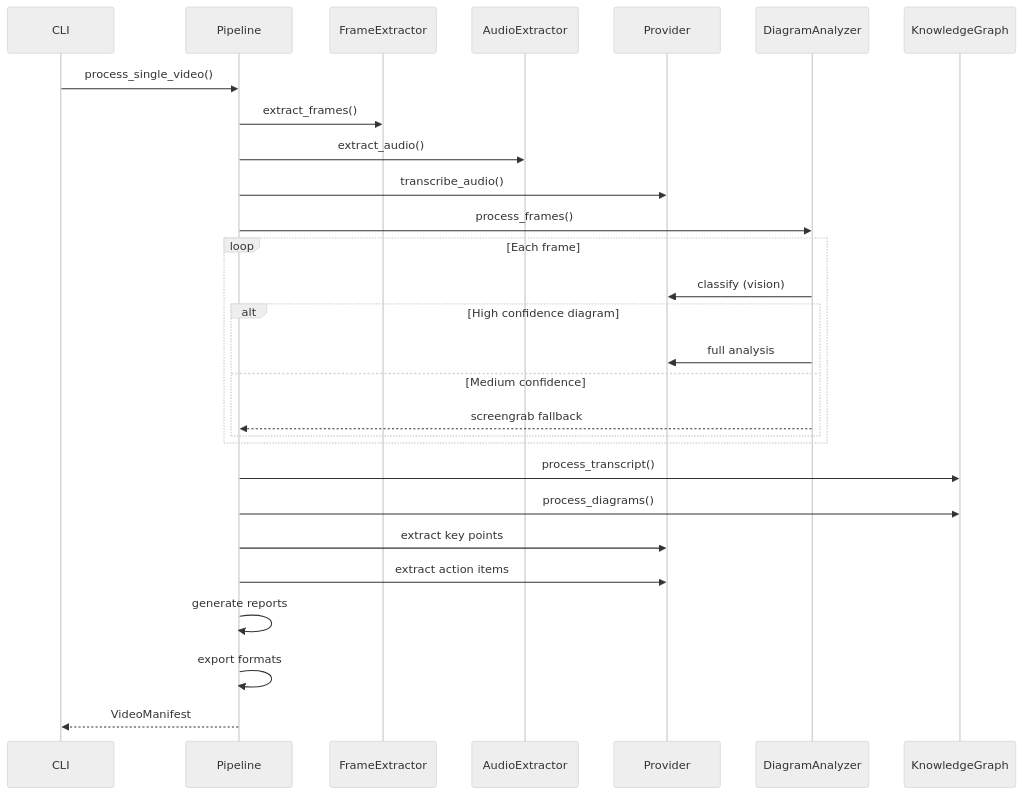
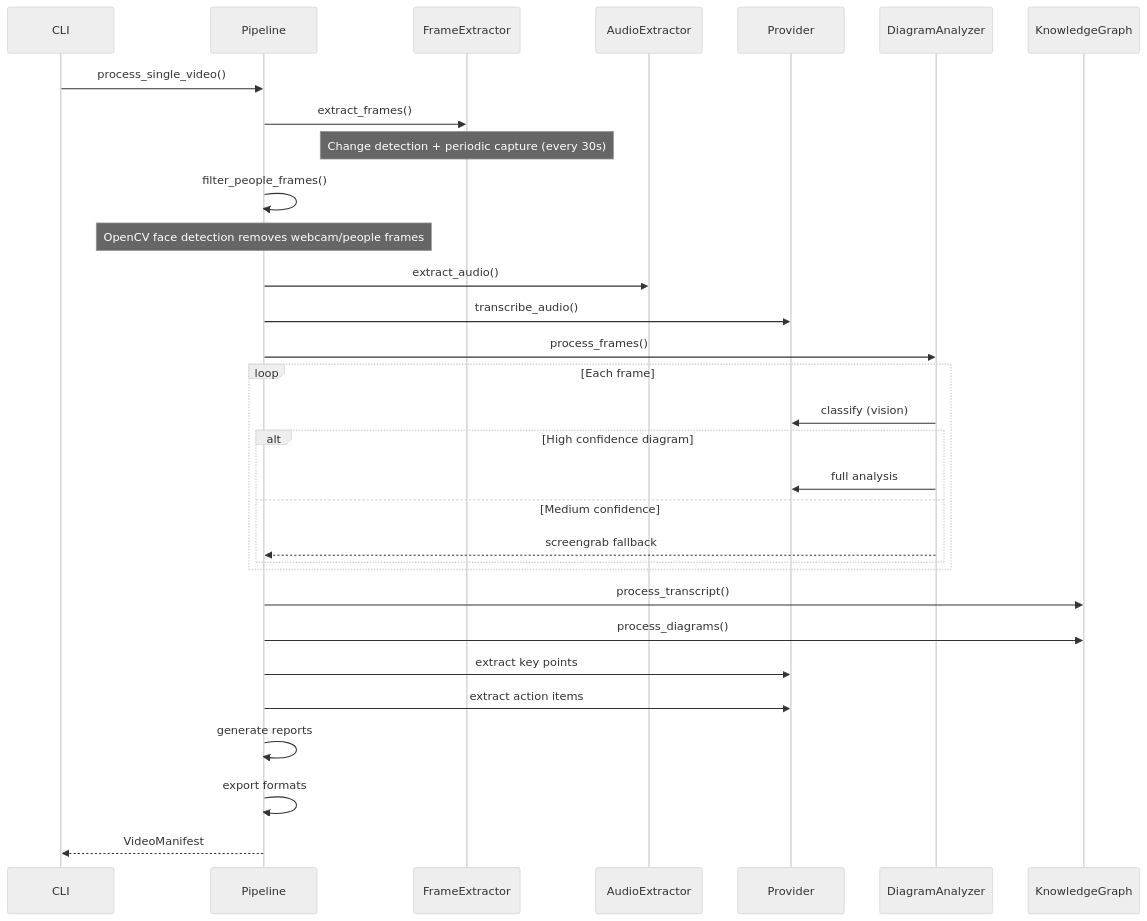
Before and after one commit to ConflictHQ/PlanOpticon: the diagram in docs/architecture/pipeline.md, drawn with Mermaid (neutral theme). The commit also changed 40 other files, not shown here.

First line of the commit message:
Add face detection, periodic capture, KG batching, checkpoint/resume, and production hardening

````diff
--- a/docs/architecture/pipeline.md
+++ b/docs/architecture/pipeline.md
@@ -5,33 +5,36 @@
 ```mermaid
 sequenceDiagram
     participant CLI
     participant Pipeline
     participant FrameExtractor
     participant AudioExtractor
     participant Provider
     participant DiagramAnalyzer
     participant KnowledgeGraph
 
     CLI->>Pipeline: process_single_video()
     Pipeline->>FrameExtractor: extract_frames()
+    Note over FrameExtractor: Change detection + periodic capture (every 30s)
+    Pipeline->>Pipeline: filter_people_frames()
+    Note over Pipeline: OpenCV face detection removes webcam/people frames
     Pipeline->>AudioExtractor: extract_audio()
     Pipeline->>Provider: transcribe_audio()
     Pipeline->>DiagramAnalyzer: process_frames()
 
     loop Each frame
         DiagramAnalyzer->>Provider: classify (vision)
         alt High confidence diagram
             DiagramAnalyzer->>Provider: full analysis
         else Medium confidence
             DiagramAnalyzer-->>Pipeline: screengrab fallback
         end
     end
 
     Pipeline->>KnowledgeGraph: process_transcript()
     Pipeline->>KnowledgeGraph: process_diagrams()
     Pipeline->>Provider: extract key points
     Pipeline->>Provider: extract action items
     Pipeline->>Pipeline: generate reports
     Pipeline->>Pipeline: export formats
     Pipeline-->>CLI: VideoManifest
 ```
````
